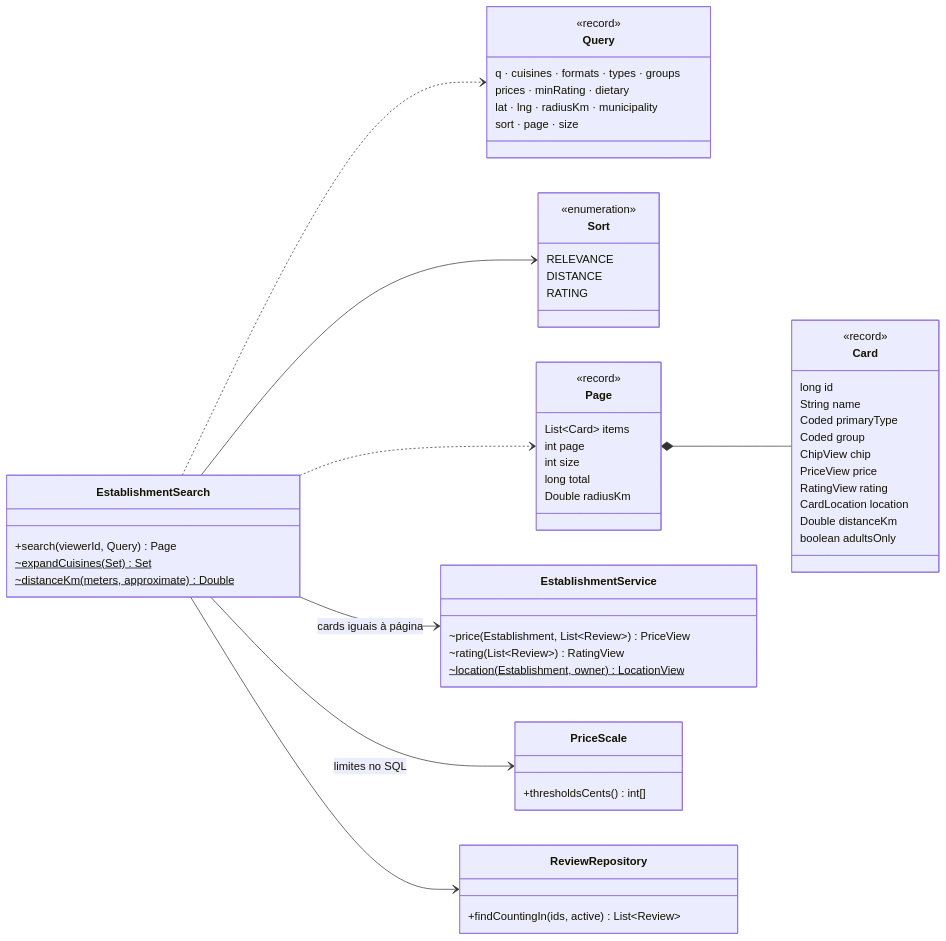
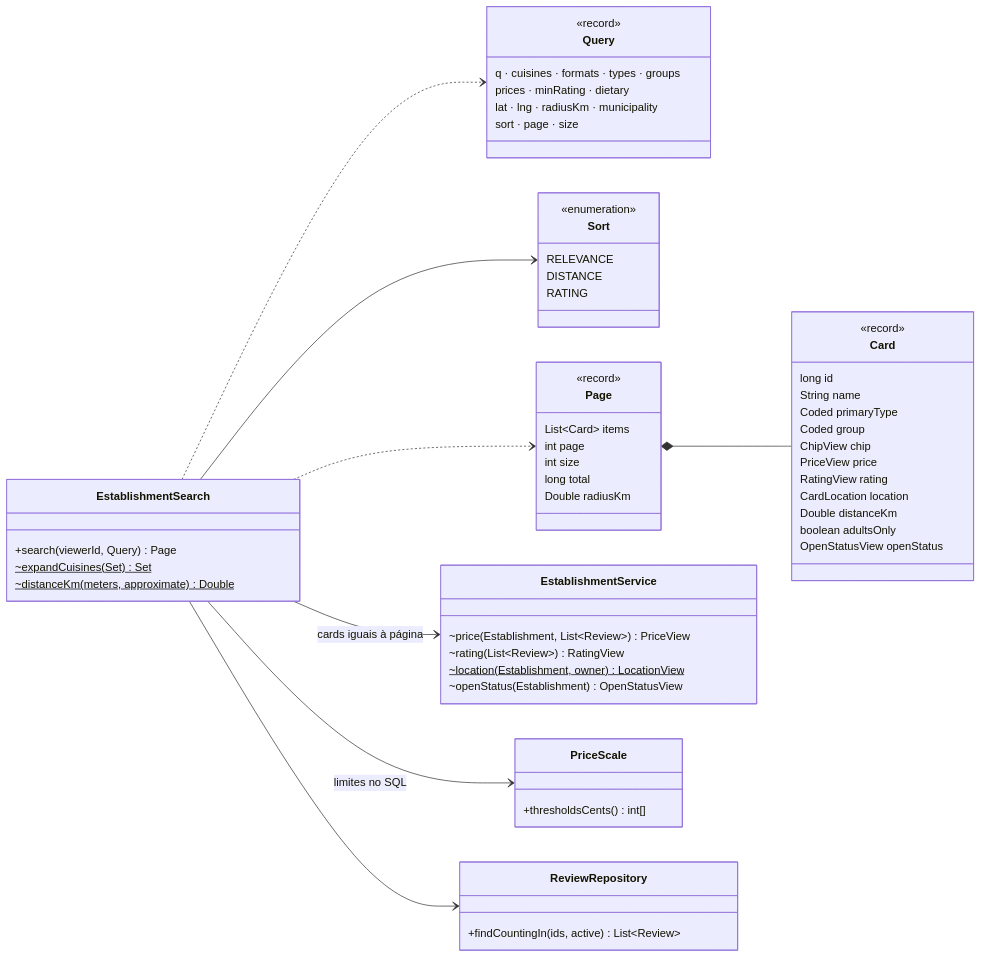
One commit to MatheusHaliski/Friendly-Eats changed the diagram in docs/RF10/classes.md. Above: the diagram before and after it, drawn with Mermaid. The commit also changed 23 other files, not shown here.

````diff
--- a/docs/RF10/classes.md
+++ b/docs/RF10/classes.md
@@ -3,61 +3,63 @@
 ```mermaid
 classDiagram
     direction LR
     class EstablishmentSearch {
         +search(viewerId, Query) Page
         ~expandCuisines(Set)$ Set
         ~distanceKm(meters, approximate)$ Double
     }
     class Query {
         <<record>>
         q · cuisines · formats · types · groups
         prices · minRating · dietary
         lat · lng · radiusKm · municipality
         sort · page · size
     }
     class Sort {
         <<enumeration>>
         RELEVANCE
         DISTANCE
         RATING
     }
     class Page {
         <<record>>
         List~Card~ items
         int page
         int size
         long total
         Double radiusKm
     }
     class Card {
         <<record>>
         long id
         String name
         Coded primaryType
         Coded group
         ChipView chip
         PriceView price
         RatingView rating
         CardLocation location
         Double distanceKm
         boolean adultsOnly
+        OpenStatusView openStatus
     }
     class EstablishmentService {
         ~price(Establishment, List~Review~) PriceView
         ~rating(List~Review~) RatingView
         ~location(Establishment, owner)$ LocationView
+        ~openStatus(Establishment) OpenStatusView
     }
     class PriceScale {
         +thresholdsCents() int[]
     }
     class ReviewRepository {
         +findCountingIn(ids, active) List~Review~
     }
     EstablishmentSearch ..> Query
     EstablishmentSearch ..> Page
     Page *-- Card
     EstablishmentSearch --> Sort
     EstablishmentSearch --> EstablishmentService : cards iguais à página
     EstablishmentSearch --> PriceScale : limites no SQL
     EstablishmentSearch --> ReviewRepository
 ```
````
